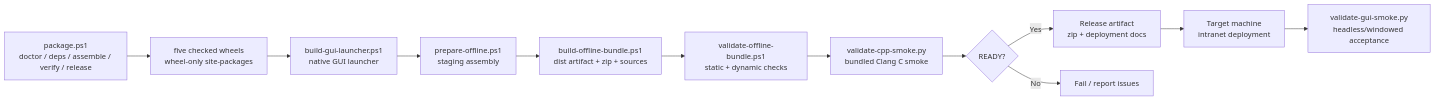
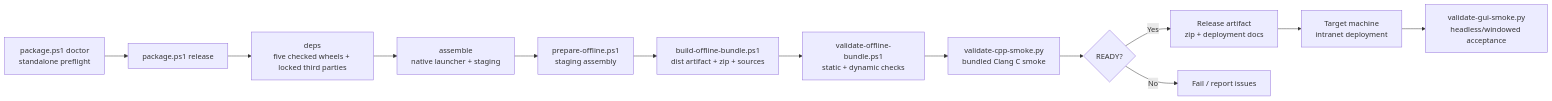
The diagram in docs/modules/packaging-and-deployment.md (czh869452912/ccode-win7), drawn with Mermaid before and after one commit. The commit also changed other lines of this file and 12 other files, not shown here.

````diff
--- a/docs/modules/packaging-and-deployment.md
+++ b/docs/modules/packaging-and-deployment.md
@@ -123,14 +128,15 @@
 ```mermaid
 flowchart LR
-    A["package.ps1<br/>doctor / deps / assemble / verify / release"] --> W["five checked wheels<br/>wheel-only site-packages"]
-    W --> L["build-gui-launcher.ps1<br/>native GUI launcher"]
+    P["package.ps1 doctor<br/>standalone preflight"] --> A["package.ps1 release"]
+    A --> W["deps<br/>five checked wheels + locked third parties"]
+    W --> L["assemble<br/>native launcher + staging"]
     L --> B["prepare-offline.ps1<br/>staging assembly"]
     B --> C["build-offline-bundle.ps1<br/>dist artifact + zip + sources"]
     C --> D["validate-offline-bundle.ps1<br/>static + dynamic checks"]
     D --> J["validate-cpp-smoke.py<br/>bundled Clang C smoke"]
     J --> E{READY?}
     E -->|Yes| F["Release artifact<br/>zip + deployment docs"]
     E -->|No| G["Fail / report issues"]
     F --> H["Target machine<br/>intranet deployment"]
     H --> I["validate-gui-smoke.py<br/>headless/windowed acceptance"]
 ```
````
